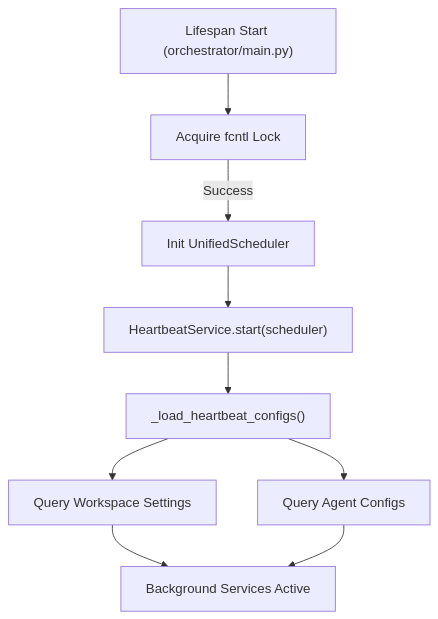
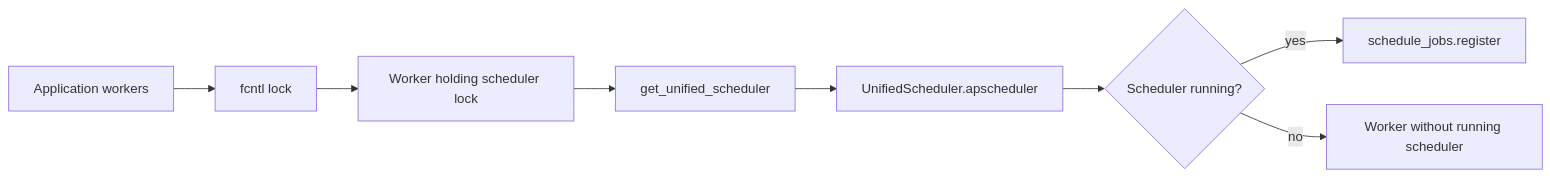
Before and after one commit to AutomatosAI/automatos-ai: the first of 5 diagrams in docs/backend-architecture/background-services-schedulers.md, drawn with Mermaid. The commit also changed other lines of this file and 188 other files, not shown here.

First line of the commit message:
docs: refresh architecture docs and add coverage for new subsystems (#1416)

````diff
--- a/docs/backend-architecture/background-services-schedulers.md
+++ b/docs/backend-architecture/background-services-schedulers.md
@@ -263,11 +81,19 @@
 ```mermaid
-graph TD
-    Start["Lifespan Start (orchestrator/main.py)"] --> Lock["Acquire fcntl Lock"]
-    Lock -->|"Success"| InitSched["Init UnifiedScheduler"]
-    InitSched --> LoadHB["HeartbeatService.start(scheduler)"]
-    LoadHB --> LoadDBHB["_load_heartbeat_configs()"]
-    LoadDBHB --> QueryWS["Query Workspace Settings"]
-    LoadDBHB --> QueryAgent["Query Agent Configs"]
-    QueryWS --> Ready["Background Services Active"]
-    QueryAgent --> Ready
+flowchart LR
+    Workers["Application workers"]
+    Lock["fcntl lock"]
+    Leader["Worker holding scheduler lock"]
+    Unified["get_unified_scheduler"]
+    APS["UnifiedScheduler.apscheduler"]
+    Running{"Scheduler running?"}
+    Register["schedule_jobs.register"]
+    Other["Worker without running scheduler"]
+
+    Workers --> Lock
+    Lock --> Leader
+    Leader --> Unified
+    Unified --> APS
+    APS --> Running
+    Running -->|"yes"| Register
+    Running -->|"no"| Other
 ```
````
